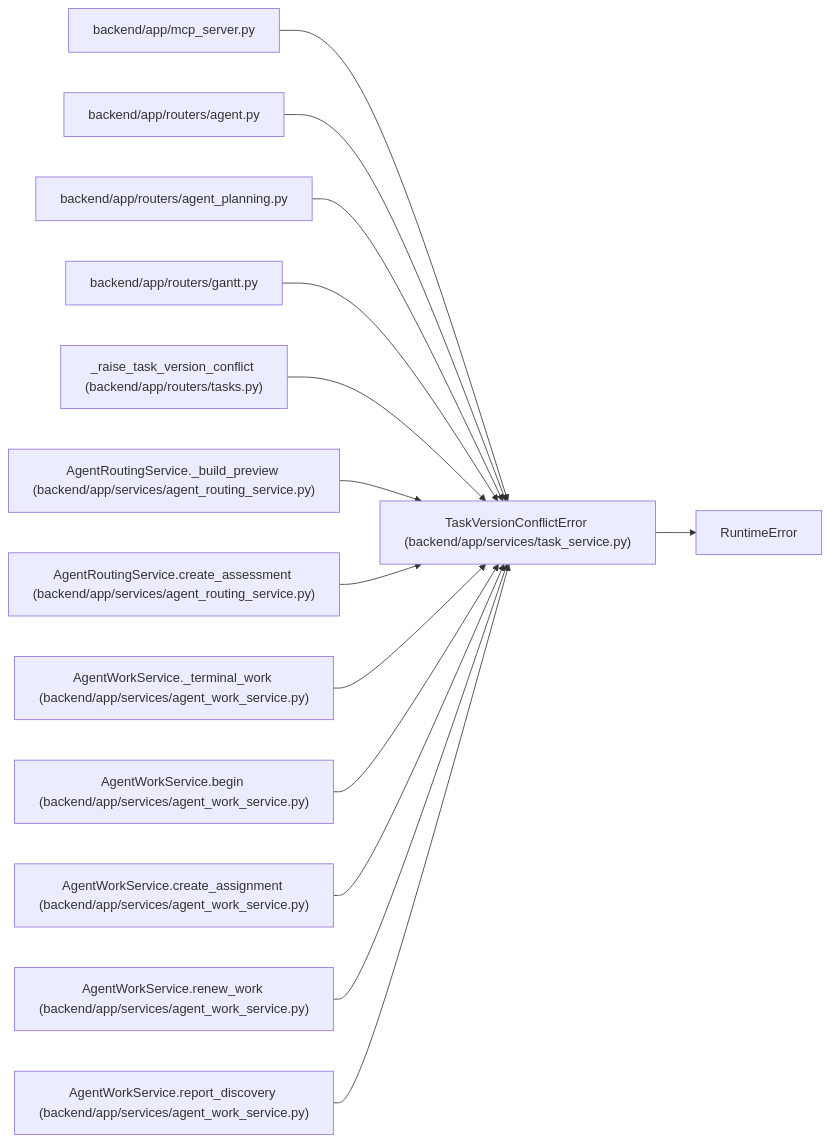
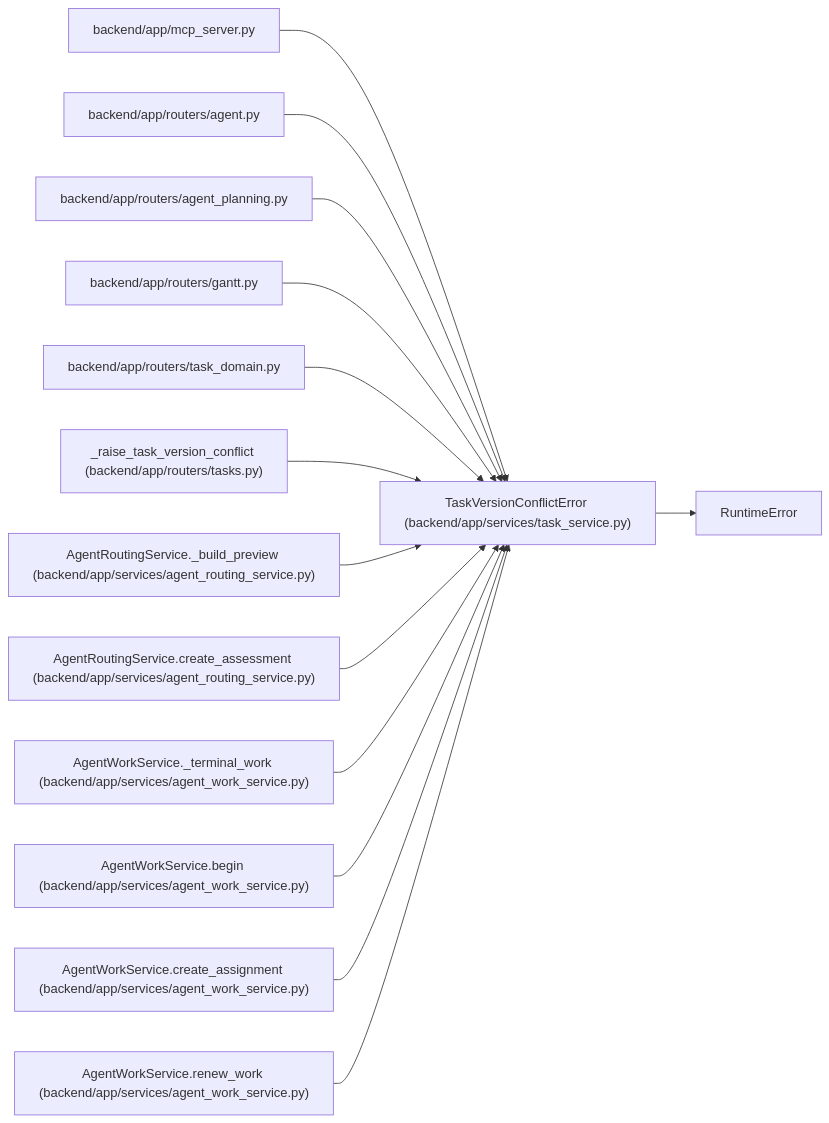
One commit to Denissvgn/WorkChord changed the diagram in docs/llm_wiki/entities/TaskVersionConflictError.md. Above: the diagram before and after it, drawn with Mermaid. The commit also changed other lines of this file and 1238 other files, not shown here.

First line of the commit message:
docs(wiki): publish compact canonical domain architecture

````diff
--- a/docs/llm_wiki/entities/TaskVersionConflictError.md
+++ b/docs/llm_wiki/entities/TaskVersionConflictError.md
@@ -26,43 +26,43 @@
 ```mermaid
 flowchart LR
     n0["TaskVersionConflictError (backend/app/services/task_service.py)"]
     n1["RuntimeError"]
     n2["backend/app/mcp_server.py"]
     n3["backend/app/routers/agent.py"]
     n4["backend/app/routers/agent_planning.py"]
     n5["backend/app/routers/gantt.py"]
-    n6["_raise_task_version_conflict (backend/app/routers/tasks.py)"]
-    n7["AgentRoutingService._build_preview (backend/app/services/agent_routing_service.py)"]
-    n8["AgentRoutingService.create_assessment (backend/app/services/agent_routing_service.py)"]
-    n9["AgentWorkService._terminal_work (backend/app/services/agent_work_service.py)"]
-    n10["AgentWorkService.begin (backend/app/services/agent_work_service.py)"]
-    n11["AgentWorkService.create_assignment (backend/app/services/agent_work_service.py)"]
-    n12["AgentWorkService.renew_work (backend/app/services/agent_work_service.py)"]
-    n13["AgentWorkService.report_discovery (backend/app/services/agent_work_service.py)"]
+    n6["backend/app/routers/task_domain.py"]
+    n7["_raise_task_version_conflict (backend/app/routers/tasks.py)"]
+    n8["AgentRoutingService._build_preview (backend/app/services/agent_routing_service.py)"]
+    n9["AgentRoutingService.create_assessment (backend/app/services/agent_routing_service.py)"]
+    n10["AgentWorkService._terminal_work (backend/app/services/agent_work_service.py)"]
+    n11["AgentWorkService.begin (backend/app/services/agent_work_service.py)"]
+    n12["AgentWorkService.create_assignment (backend/app/services/agent_work_service.py)"]
+    n13["AgentWorkService.renew_work (backend/app/services/agent_work_service.py)"]
     n0 --> n1
     n2 --> n0
     n3 --> n0
     n4 --> n0
     n5 --> n0
     n6 --> n0
     n7 --> n0
     n8 --> n0
     n9 --> n0
     n10 --> n0
     n11 --> n0
     n12 --> n0
     n13 --> n0
     click n0 "../modules/task_service.md"
     click n2 "../modules/mcp_server.md"
     click n3 "../modules/routers_agent.md"
     click n4 "../modules/routers_agent_planning.md"
     click n5 "../modules/routers_gantt.md"
-    click n6 "../modules/tasks.md"
-    click n7 "../modules/agent_routing_service.md"
+    click n6 "../modules/routers_task_domain.md"
+    click n7 "../modules/tasks.md"
     click n8 "../modules/agent_routing_service.md"
-    click n9 "../modules/agent_work_service.md"
+    click n9 "../modules/agent_routing_service.md"
     click n10 "../modules/agent_work_service.md"
     click n11 "../modules/agent_work_service.md"
     click n12 "../modules/agent_work_service.md"
     click n13 "../modules/agent_work_service.md"
 ```
````
